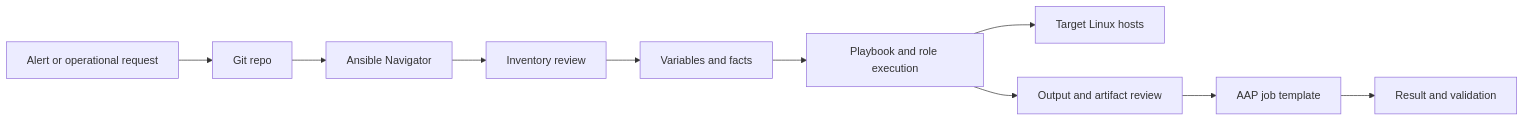
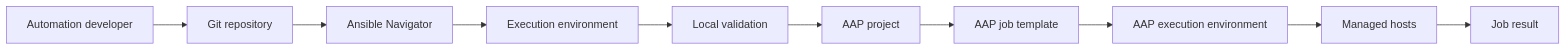
Before and after one commit to Ansible-workshop-ch/bootcamp: the first of 3 diagrams in module09/final-use-case.md, drawn with Mermaid. The commit also changed other lines of this file, not shown here.

````diff
--- a/module09/final-use-case.md
+++ b/module09/final-use-case.md
@@ -85,12 +123,15 @@
 ```mermaid
 flowchart LR
-    A[Alert or operational request] --> G[Git repo]
-    G --> N[Ansible Navigator]
-    N --> I[Inventory review]
-    I --> V[Variables and facts]
-    V --> P[Playbook and role execution]
-    P --> T[Target Linux hosts]
-    P --> O[Output and artifact review]
-    O --> AAP[AAP job template]
-    AAP --> R[Result and validation]
+    DEV[Automation developer] --> GIT[Git repository]
+
+    GIT --> NAV[Ansible Navigator]
+    NAV --> EE[Execution environment]
+    EE --> TEST[Local validation]
+
+    TEST --> PROJECT[AAP project]
+    PROJECT --> JT[AAP job template]
+    JT --> AAPEE[AAP execution environment]
+    AAPEE --> HOSTS[Managed hosts]
+
+    HOSTS --> RESULT[Job result]
 ```
````
